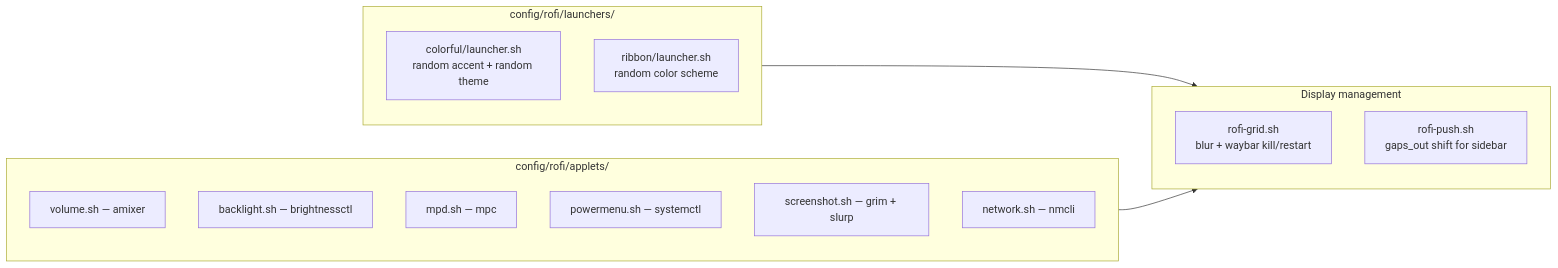
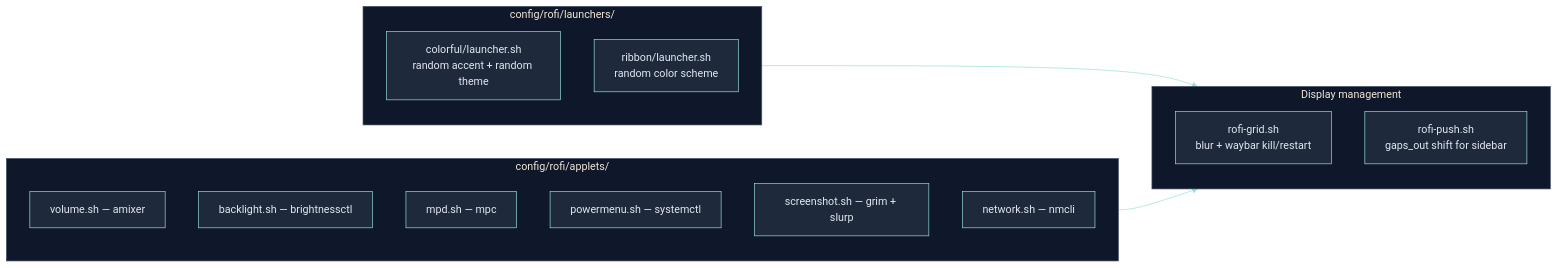
Before and after one commit to RomeoCavazza/nixos-config: the seventh of 8 diagrams in docs/README.md, drawn with Mermaid. The commit also changed other lines of this file and 1 other file, not shown here.

Commit message:
docs: apply Seaglass dark theme to all Mermaid diagrams

````diff
--- a/docs/README.md
+++ b/docs/README.md
@@ -341,24 +346,25 @@
 ```mermaid
+%%{init: {'theme': 'base', 'themeVariables': { 'primaryColor': '#1e293b', 'secondaryColor': '#0f172a', 'tertiaryColor': '#0f172a', 'primaryBorderColor': '#94e2d5', 'lineColor': '#94e2d5', 'primaryTextColor': '#e2e8f0', 'clusterBkg': '#0f172a', 'clusterBorder': '#475569' }}}%%
 graph LR
   subgraph launchers["config/rofi/launchers/"]
     colorful[colorful/launcher.sh\nrandom accent + random theme]
     ribbon[ribbon/launcher.sh\nrandom color scheme]
   end
 
   subgraph applets["config/rofi/applets/"]
     vol[volume.sh — amixer]
     bl[backlight.sh — brightnessctl]
     mpd[mpd.sh — mpc]
     pwr[powermenu.sh — systemctl]
     ss[screenshot.sh — grim + slurp]
     net[network.sh — nmcli]
   end
 
   subgraph mgmt["Display management"]
     grid[rofi-grid.sh\nblur + waybar kill/restart]
     push[rofi-push.sh\ngaps_out shift for sidebar]
   end
 
   launchers --> mgmt
   applets --> mgmt
 ```
````
